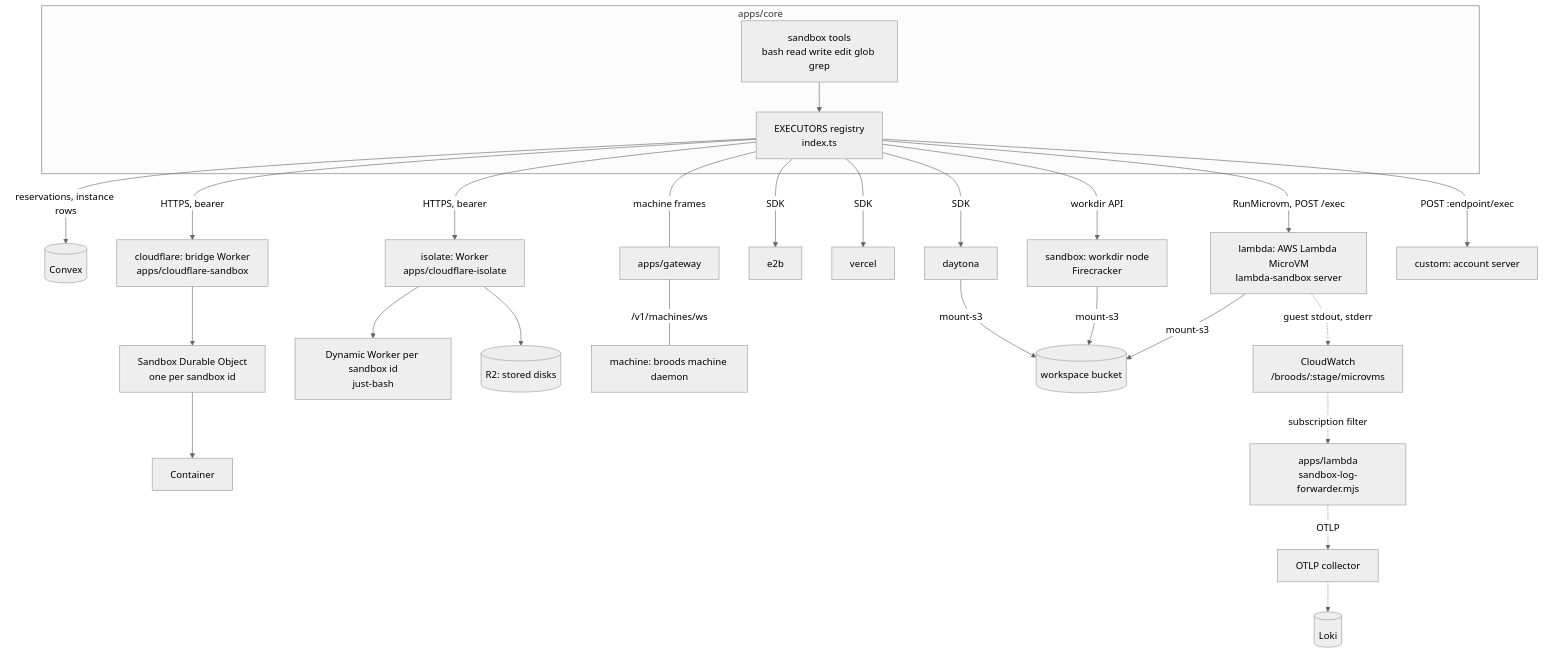
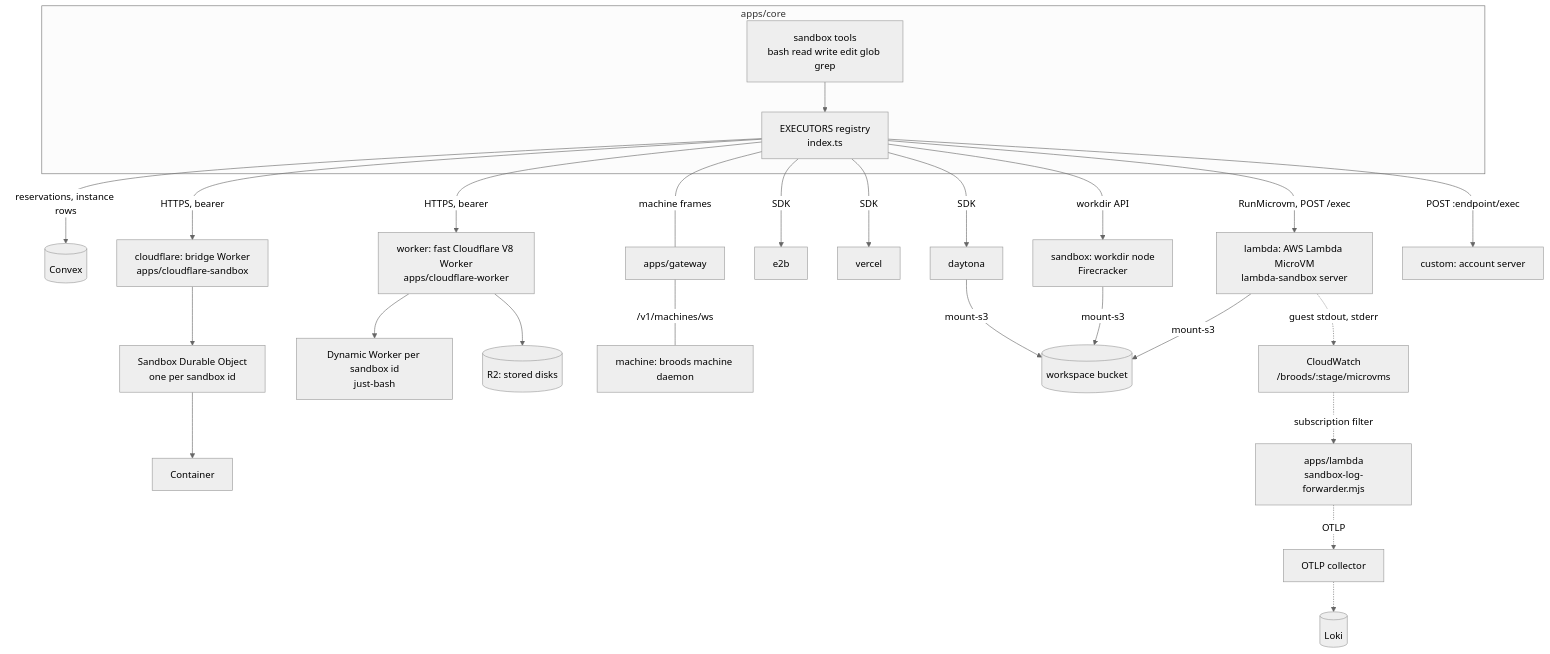
The first of 22 diagrams in apps/docs/docs/internals/sandboxes.md (beeblastco/broods), drawn with Mermaid (neutral theme) before and after one commit. The commit also changed other lines of this file and 21 other files, not shown here.

First line of the commit message:
fix(cloudflare-worker): rename the provider to worker, cut big output, conditional empty disks, errors with messages

````diff
--- a/apps/docs/docs/internals/sandboxes.md
+++ b/apps/docs/docs/internals/sandboxes.md
@@ -9,29 +9,29 @@
 ```mermaid
 flowchart TB
   subgraph core["apps/core"]
     TOOLS["sandbox tools<br/>bash read write edit glob grep"] --> REG["EXECUTORS registry<br/>index.ts"]
   end
   REG -->|"reservations, instance rows"| CVX[("Convex")]
 
   REG -->|"RunMicrovm, POST /exec"| MVM["lambda: AWS Lambda MicroVM<br/>lambda-sandbox server"]
   REG -->|"workdir API"| WD["sandbox: workdir node<br/>Firecracker"]
   REG -->|"SDK"| DAY["daytona"]
   REG -->|"SDK"| E2B["e2b"]
   REG -->|"SDK"| VER["vercel"]
   REG -->|"HTTPS, bearer"| CFW["cloudflare: bridge Worker<br/>apps/cloudflare-sandbox"]
   CFW --> DO["Sandbox Durable Object<br/>one per sandbox id"] --> CT["Container"]
-  REG -->|"HTTPS, bearer"| ISO["isolate: Worker<br/>apps/cloudflare-isolate"]
-  ISO --> DW["Dynamic Worker per sandbox id<br/>just-bash"]
-  ISO --> R2[("R2: stored disks")]
+  REG -->|"HTTPS, bearer"| WRK["worker: fast Cloudflare V8 Worker<br/>apps/cloudflare-worker"]
+  WRK --> DW["Dynamic Worker per sandbox id<br/>just-bash"]
+  WRK --> R2[("R2: stored disks")]
   REG ---|"machine frames"| GW["apps/gateway"]
   GW ---|"/v1/machines/ws"| DAEMON["machine: broods machine daemon"]
   REG -->|"POST :endpoint/exec"| CUSTOM["custom: account server"]
 
   MVM -->|"mount-s3"| S3[("workspace bucket")]
   WD -->|"mount-s3"| S3
   DAY -->|"mount-s3"| S3
 
   MVM -.->|"guest stdout, stderr"| CW["CloudWatch<br/>/broods/:stage/microvms"]
   CW -.->|"subscription filter"| FWD["apps/lambda<br/>sandbox-log-forwarder.mjs"]
   FWD -.->|"OTLP"| COL["OTLP collector"] -.-> LOKI[("Loki")]
 ```
````
